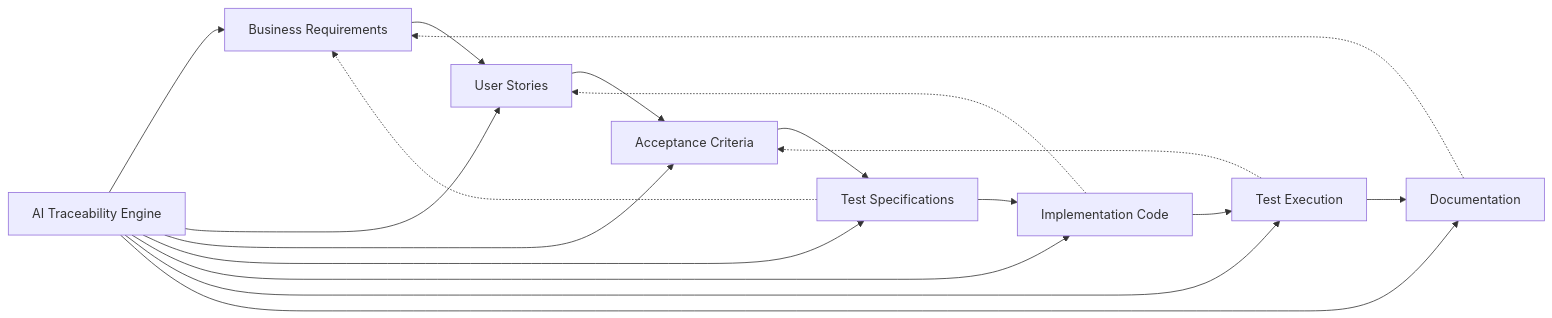
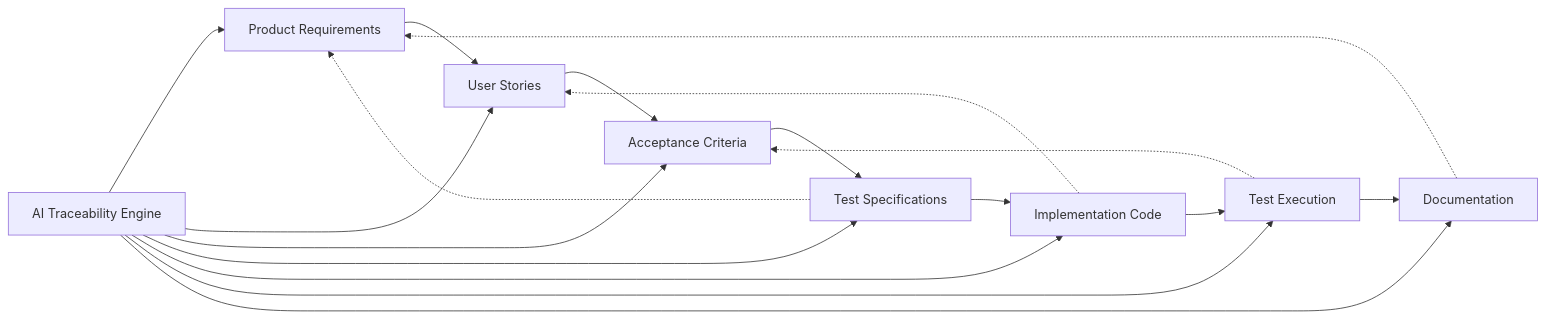
Before and after one commit to PaulDuvall/coding-with-ai-patterns: the tenth of 10 diagrams in README.md, drawn with Mermaid. The commit also changed other lines of this file and 1 other file, not shown here.

First line of the commit message:
refactor: adopt OpenAI footnote [^identifier] pattern for requirements

````diff
--- a/README.md
+++ b/README.md
@@ -1171,22 +1171,22 @@
 ```mermaid
 graph LR
-    A[Business Requirements] --> B[User Stories]
+    A[Product Requirements] --> B[User Stories]
     B --> C[Acceptance Criteria]
     C --> D[Test Specifications]
     D --> E[Implementation Code]
     E --> F[Test Execution]
     F --> G[Documentation]
     
     G -.-> A
     F -.-> C
     E -.-> B
     D -.-> A
     
     H[AI Traceability Engine] --> A
     H --> B  
     H --> C
     H --> D
     H --> E
     H --> F
     H --> G
 ```
````
